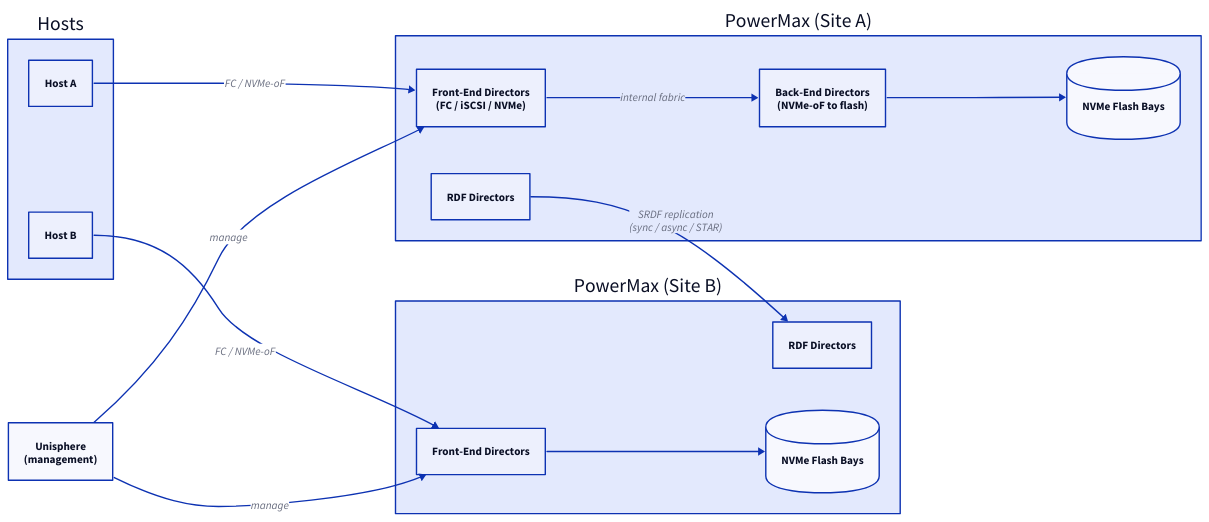
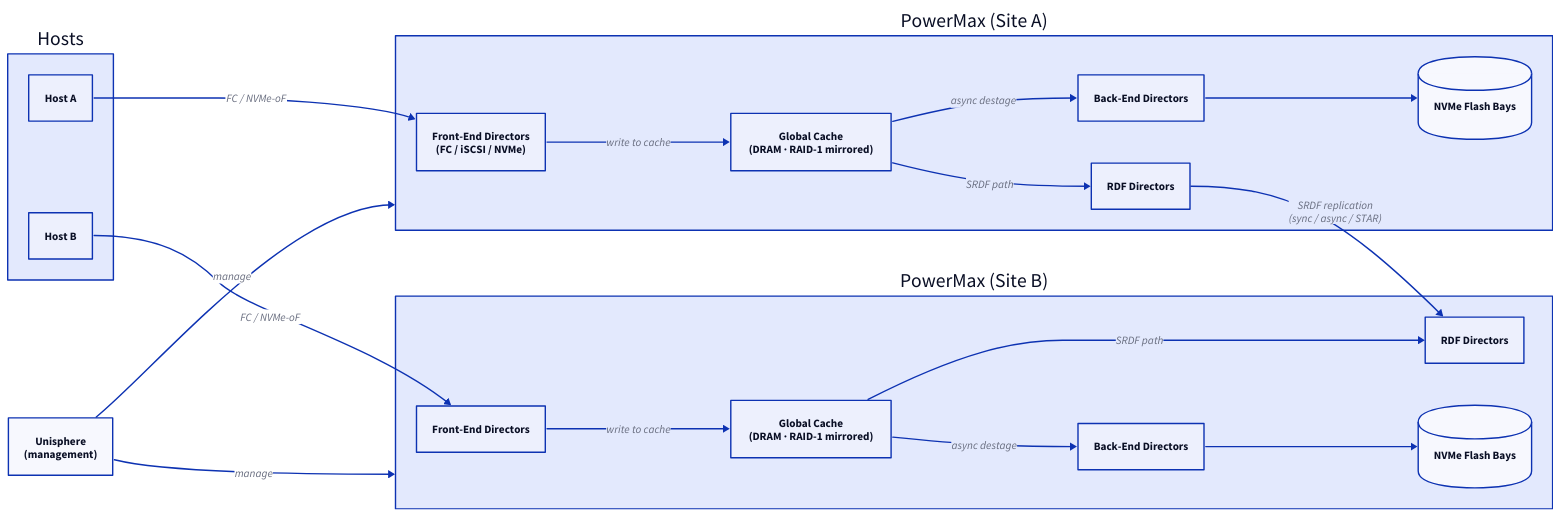
One commit to canast01/chris-kb changed the first of 4 diagrams in docs/storage/dell/powermax/architecture/how-it-works.md. Above: the diagram before and after it, drawn with D2. The commit also changed other lines of this file and 3393 other files, not shown here.

First line of the commit message:
Remove 2,800+ trivial D2 diagrams; refine PowerMax architecture; 41-check audit clean

````diff
--- a/docs/storage/dell/powermax/architecture/how-it-works.md
+++ b/docs/storage/dell/powermax/architecture/how-it-works.md
@@ -20,34 +20,42 @@
 ```d2
 direction: right
 
 hosts: Hosts {
   h1: Host A {shape: rectangle}
   h2: Host B {shape: rectangle}
 }
 
 pm1: PowerMax (Site A) {
   fe_a: Front-End Directors\n(FC / iSCSI / NVMe) {shape: rectangle}
-  be_a: Back-End Directors\n(NVMe-oF to flash) {shape: rectangle}
+  gc_a: Global Cache\n(DRAM · RAID-1 mirrored) {shape: rectangle}
+  be_a: Back-End Directors {shape: rectangle}
   rdf_a: RDF Directors {shape: rectangle}
   flash_a: NVMe Flash Bays {shape: cylinder}
-  fe_a -> be_a: internal fabric
+  fe_a -> gc_a: write to cache
+  gc_a -> be_a: async destage
+  gc_a -> rdf_a: SRDF path
   be_a -> flash_a
 }
 
 pm2: PowerMax (Site B) {
   fe_b: Front-End Directors {shape: rectangle}
+  gc_b: Global Cache\n(DRAM · RAID-1 mirrored) {shape: rectangle}
+  be_b: Back-End Directors {shape: rectangle}
   rdf_b: RDF Directors {shape: rectangle}
   flash_b: NVMe Flash Bays {shape: cylinder}
-  fe_b -> flash_b
+  fe_b -> gc_b: write to cache
+  gc_b -> be_b: async destage
+  gc_b -> rdf_b: SRDF path
+  be_b -> flash_b
 }
 
 unisphere: Unisphere\n(management) {shape: rectangle}
 
 hosts.h1 -> pm1.fe_a: FC / NVMe-oF
 hosts.h2 -> pm2.fe_b: FC / NVMe-oF
 
 pm1.rdf_a -> pm2.rdf_b: SRDF replication\n(sync / async / STAR)
 
-unisphere -> pm1.fe_a: manage
-unisphere -> pm2.fe_b: manage
+unisphere -> pm1: manage
+unisphere -> pm2: manage
 ```
````
